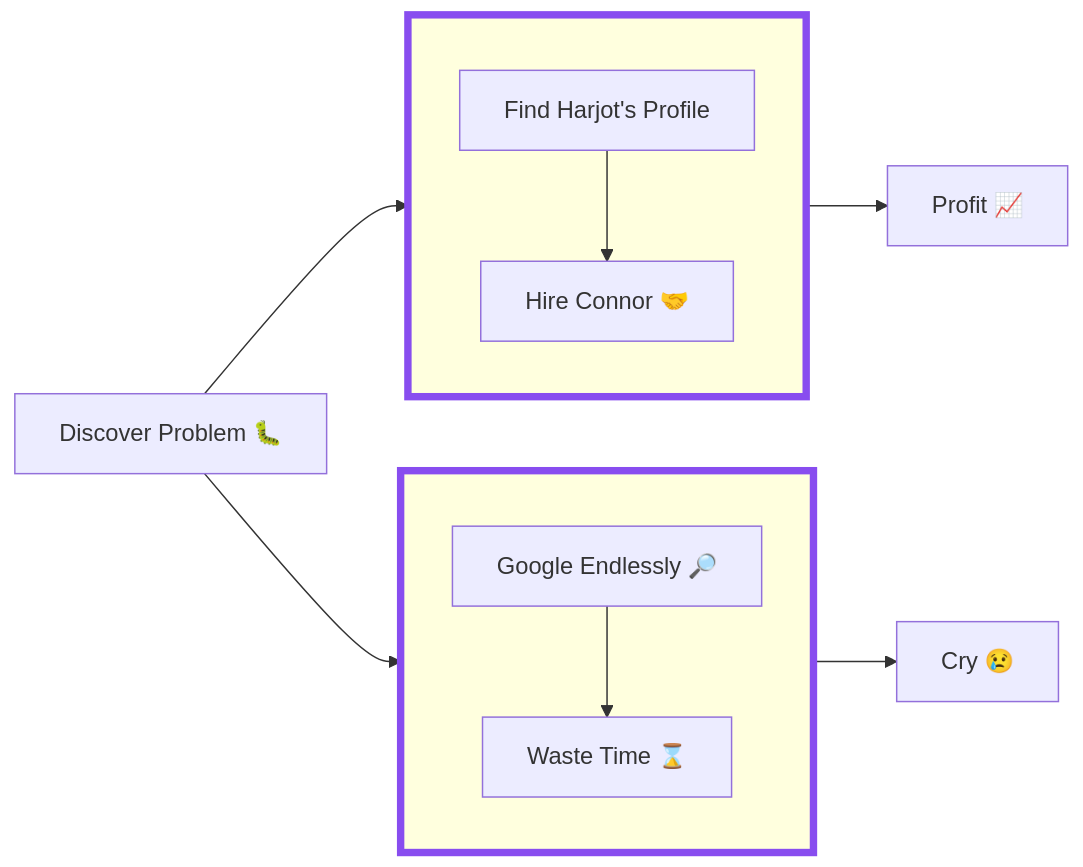
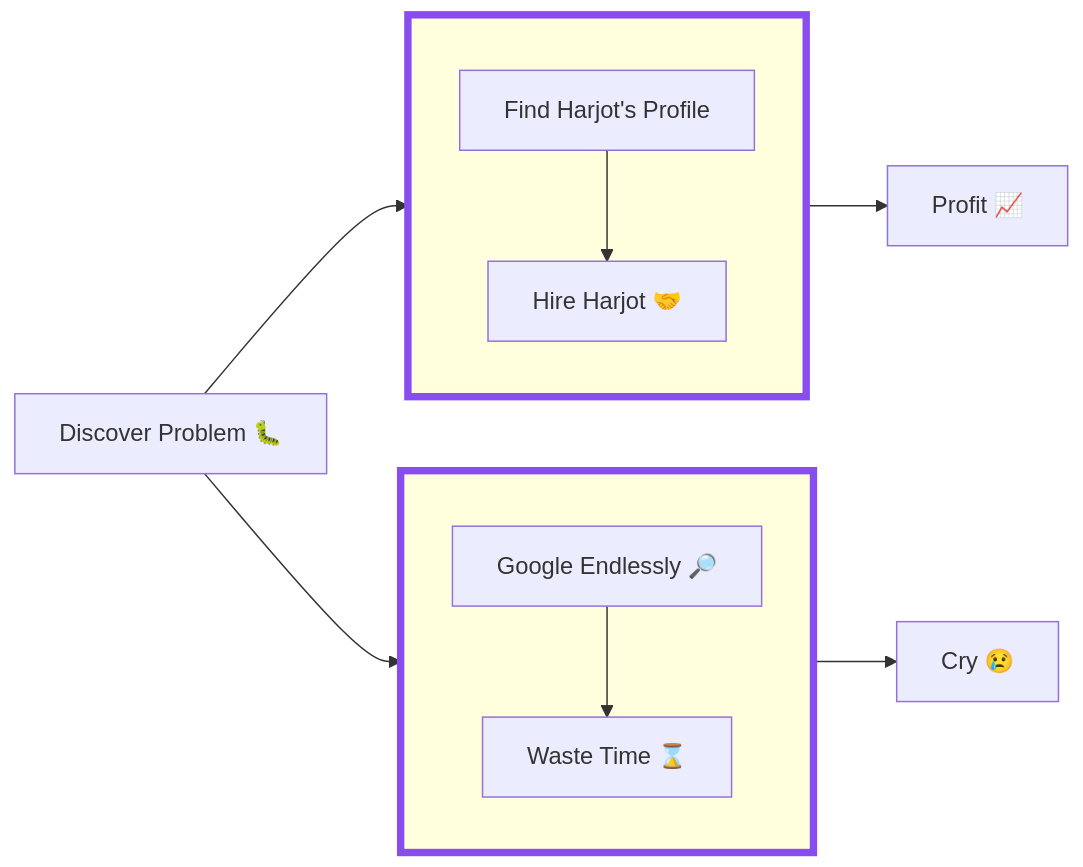
Before and after one commit to HarjjotSinghh/HarjjotSinghh: the diagram in README.md, drawn with Mermaid.

````diff
--- a/README.md
+++ b/README.md
@@ -8,21 +8,21 @@
 ```mermaid
 flowchart LR
     direction LR
     subgraph 1[" "]
         direction TB
-        top1[Find Harjot's Profile] --> bottom1[Hire Connor 🤝]
+        top1[Find Harjot's Profile] --> bottom1[Hire Harjot 🤝]
     end
     subgraph 2[" "]
         direction TB
         top2[Google Endlessly 🔎] --> bottom2[Waste Time ⌛]
     end
     %% Link to subgraph1
     3[Discover Problem 🐛] --> 1
     %% Link within subgraph2
     3[Discover Problem 🐛] --> 2
     1 --> outside1["Profit" 📈]
     2 --> outside2["Cry" 😢]
     click top1 "https://www.linkedin.com/in/HarjjotSinghh" "LinkedIn"
     style 1 stroke:#884def,stroke-width:5px
     style 2 stroke:#884def,stroke-width:5px
 ```
````
